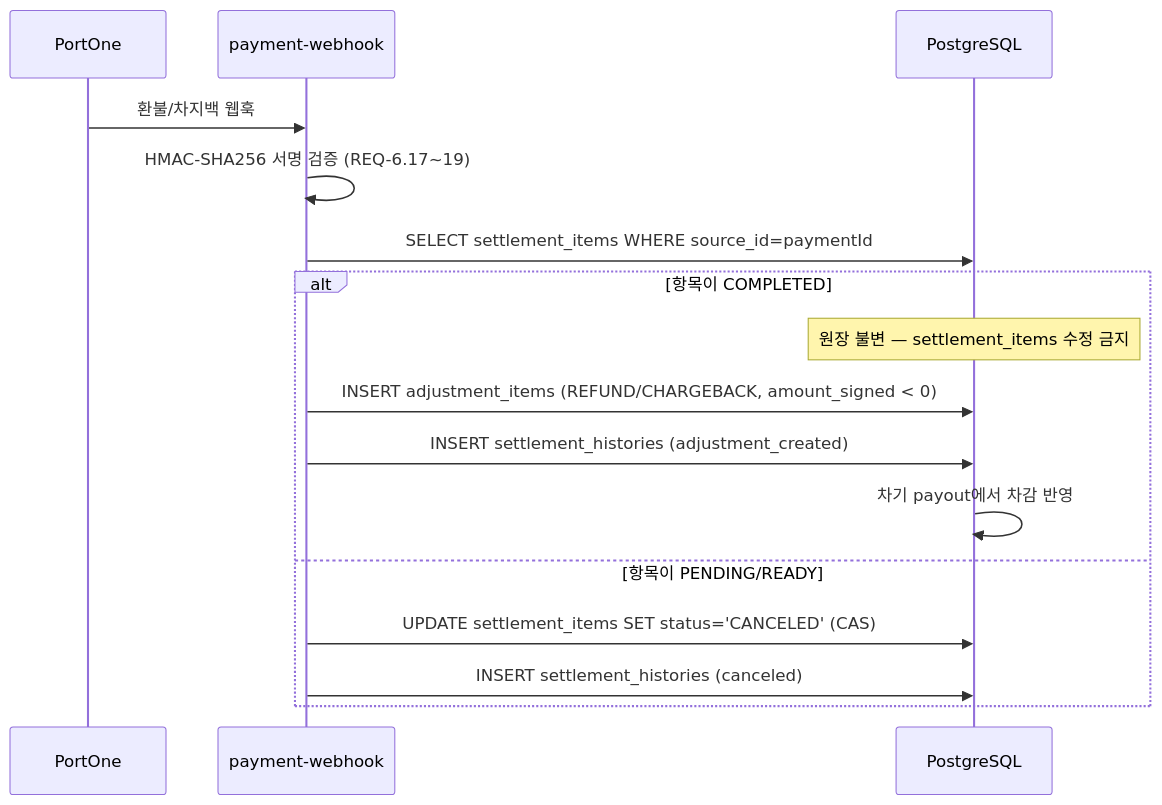
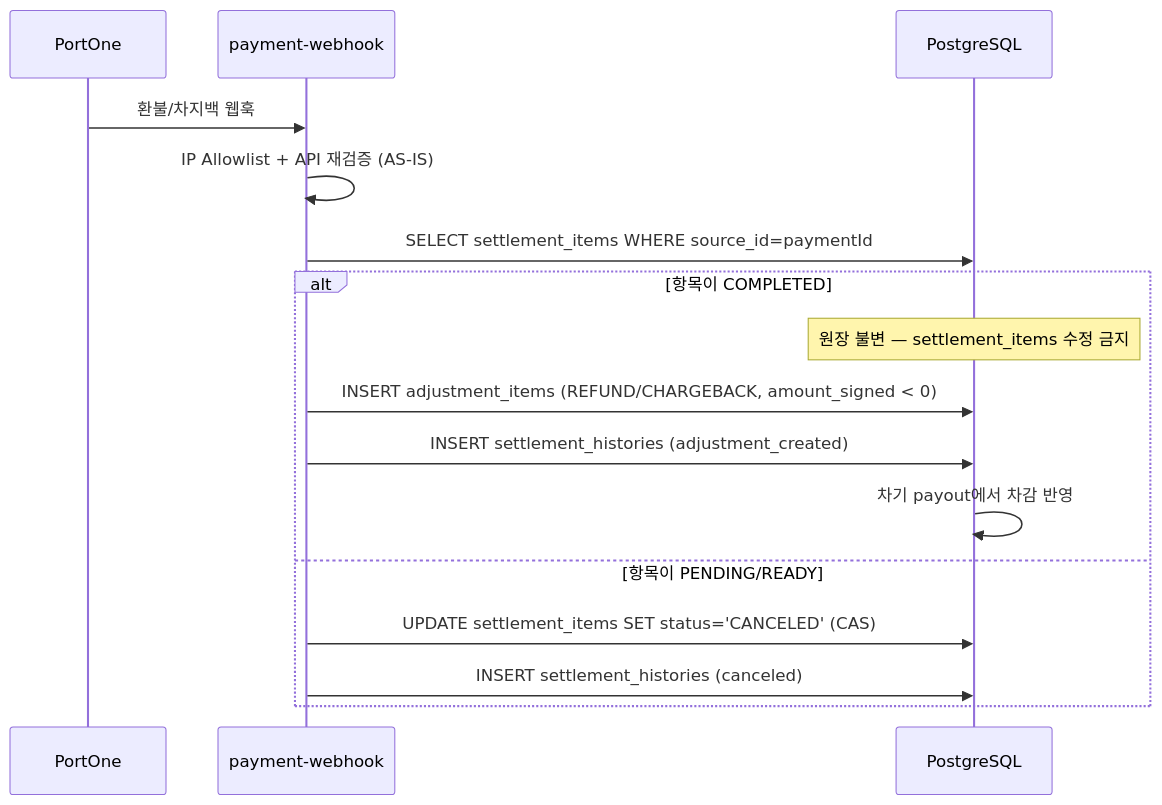
Before and after one commit to Mark-Yun/minglit: the sixth of 12 diagrams in docs/features/partner-settlement/architecture.md, drawn with Mermaid. The commit also changed other lines of this file and 3 other files, not shown here.

````diff
--- a/docs/features/partner-settlement/architecture.md
+++ b/docs/features/partner-settlement/architecture.md
@@ -219,20 +222,20 @@
 ```mermaid
 sequenceDiagram
     participant PG as PortOne
     participant WH as payment-webhook
     participant DB as PostgreSQL
 
     PG->>WH: 환불/차지백 웹훅
-    WH->>WH: HMAC-SHA256 서명 검증 (REQ-6.17~19)
+    WH->>WH: IP Allowlist + API 재검증 (AS-IS)
     WH->>DB: SELECT settlement_items WHERE source_id=paymentId
 
     alt 항목이 COMPLETED
         Note over DB: 원장 불변 — settlement_items 수정 금지
         WH->>DB: INSERT adjustment_items (REFUND/CHARGEBACK, amount_signed < 0)
         WH->>DB: INSERT settlement_histories (adjustment_created)
         DB->>DB: 차기 payout에서 차감 반영
     else 항목이 PENDING/READY
         WH->>DB: UPDATE settlement_items SET status='CANCELED' (CAS)
         WH->>DB: INSERT settlement_histories (canceled)
     end
 ```
````
